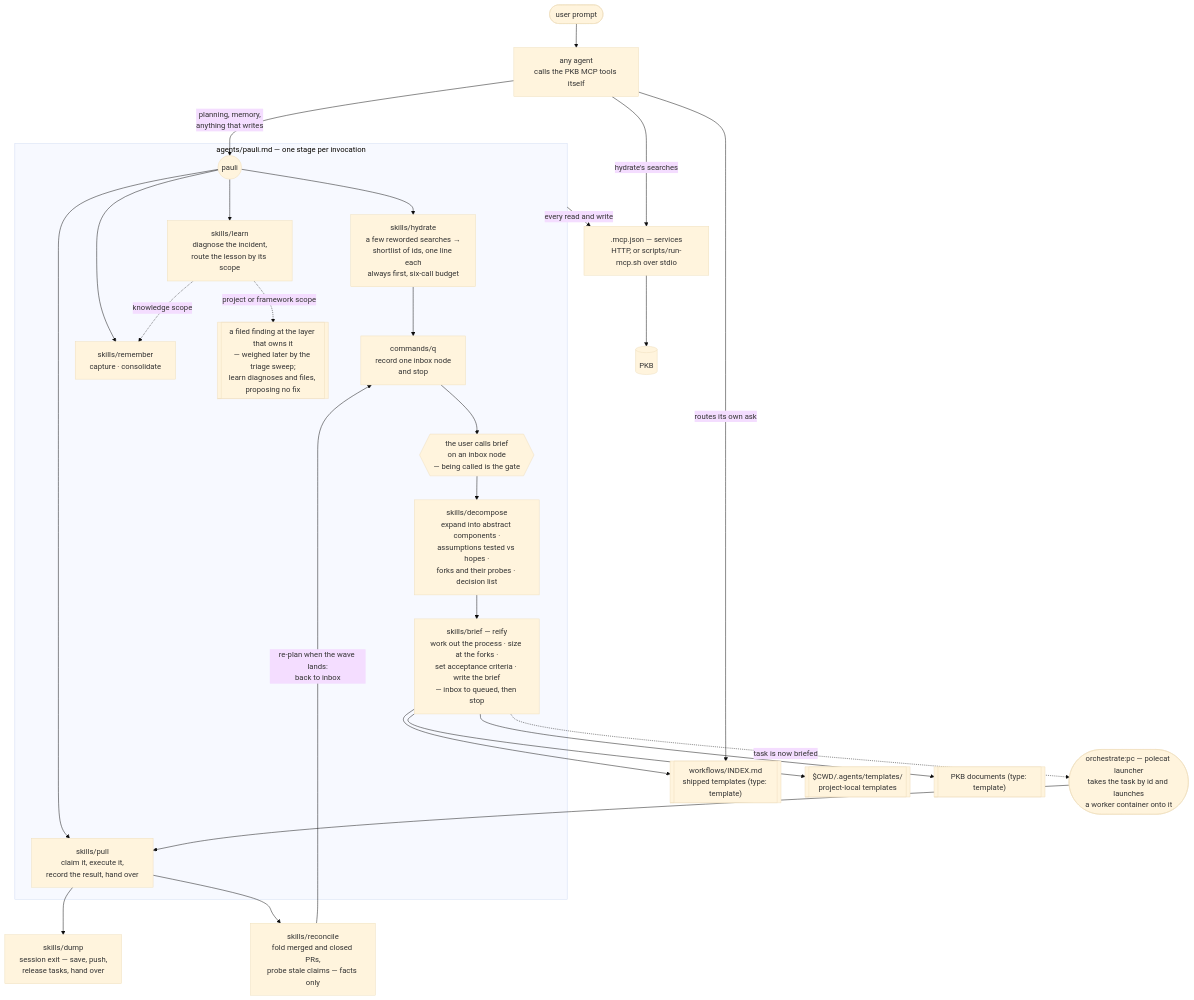
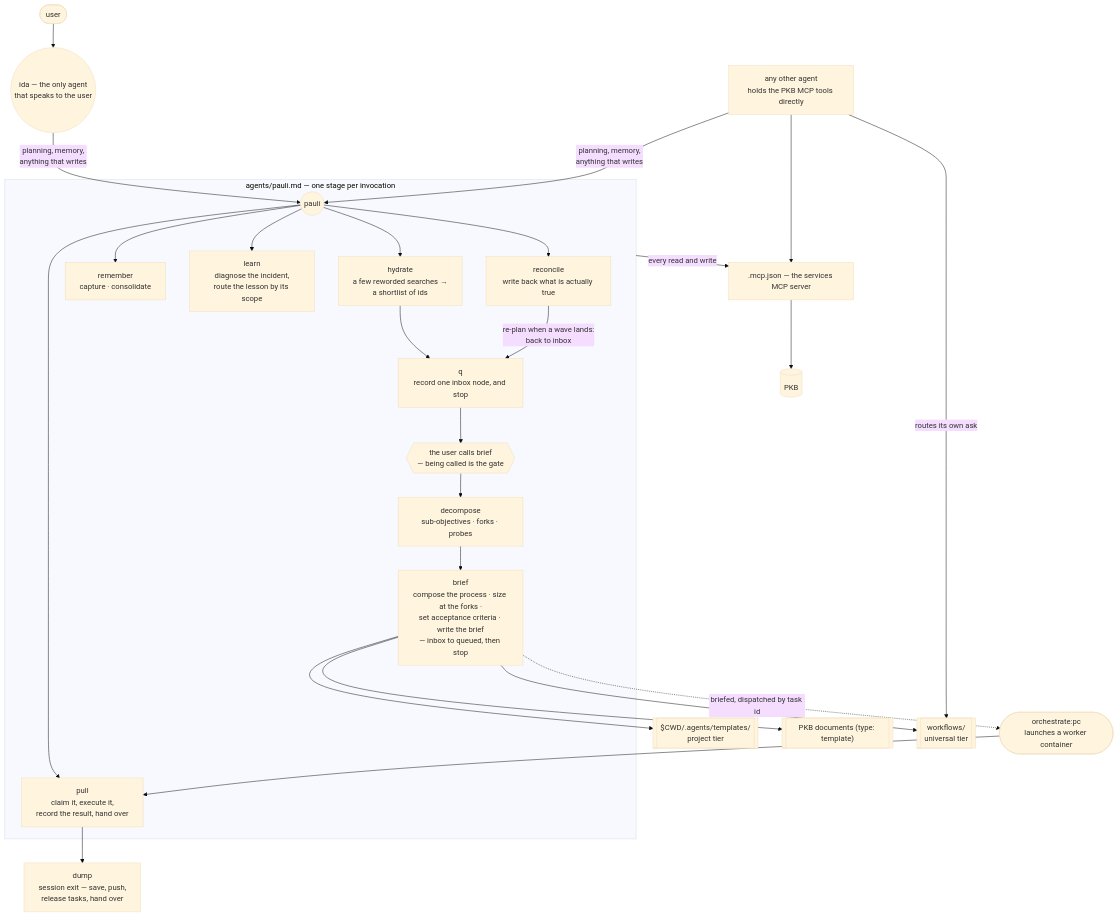
One commit to nicsuzor/academicOps changed the diagram in plugins/aops/README.md. Above: the diagram before and after it, drawn with Mermaid (base theme). The commit also changed other lines of this file and 89 other files, not shown here.

````diff
--- a/plugins/aops/README.md
+++ b/plugins/aops/README.md
@@ -8,40 +9,37 @@
 ```mermaid
 flowchart TD
-    prompt([user prompt]) --> agent["any agent<br/>calls the PKB MCP tools itself"]
+    user([user]) --> ida(("ida — the only agent<br/>that speaks to the user"))
+    agent["any other agent<br/>holds the PKB MCP tools directly"]
 
+    ida -- "planning, memory,<br/>anything that writes" --> pauli
     agent -- "planning, memory,<br/>anything that writes" --> pauli
 
     subgraph pkbwrite["agents/pauli.md — one stage per invocation"]
         pauli(("pauli"))
-        pauli --> hydrate["skills/hydrate<br/>a few reworded searches →<br/>shortlist of ids, one line each<br/>always first, six-call budget"]
+        pauli --> hydrate["hydrate<br/>a few reworded searches →<br/>a shortlist of ids"]
+        hydrate --> capture["q<br/>record one inbox node, and stop"]
+        capture --> gate{{"the user calls brief<br/>— being called is the gate"}}
+        gate --> decompose["decompose<br/>sub-objectives · forks · probes"]
+        decompose --> brief["brief<br/>compose the process · size at the forks ·<br/>set acceptance criteria · write the brief<br/>— inbox to queued, then stop"]
 
-        hydrate --> capture["commands/q<br/>record one inbox node<br/>and stop"]
-        capture --> gate{{"the user calls brief<br/>on an inbox node<br/>— being called is the gate"}}
-        gate --> decompose["skills/decompose<br/>expand into abstract components ·<br/>assumptions tested vs hopes ·<br/>forks and their probes · decision list"]
-        decompose --> brief["skills/brief — reify<br/>work out the process · size at the forks ·<br/>set acceptance criteria · write the brief<br/>— inbox to queued, then stop"]
-
-        pauli --> pull["skills/pull<br/>claim it, execute it,<br/>record the result, hand over"]
-        pauli --> remember["skills/remember<br/>capture · consolidate"]
-        pauli --> learn["skills/learn<br/>diagnose the incident,<br/>route the lesson by its scope"]
-
-        learn -. knowledge scope .-> remember
-        learn -. project or framework scope .-> finding[["a filed finding at the layer that owns it<br/>— weighed later by the triage sweep;<br/>learn diagnoses and files, proposing no fix"]]
+        pauli --> pull["pull<br/>claim it, execute it,<br/>record the result, hand over"]
+        pauli --> remember["remember<br/>capture · consolidate"]
+        pauli --> learn["learn<br/>diagnose the incident,<br/>route the lesson by its scope"]
+        pauli --> reconcile["reconcile<br/>write back what is actually true"]
     end
 
-    pull --> dump["skills/dump<br/>session exit — save, push,<br/>release tasks, hand over"]
-    pull --> reconcile["skills/reconcile<br/>fold merged and closed PRs,<br/>probe stale claims — facts only"]
-    reconcile -- "re-plan when the wave lands:<br/>back to inbox" --> capture
+    pull --> dump["dump<br/>session exit — save, push,<br/>release tasks, hand over"]
+    reconcile -- "re-plan when a wave lands:<br/>back to inbox" --> capture
 
-    brief --> library[["workflows/INDEX.md<br/>shipped templates (type: template)"]]
-    brief --> userlayer[["$CWD/.agents/templates/<br/>project-local templates"]]
-    brief --> wftemplates[["PKB documents (type: template)"]]
-    agent -- "routes its own ask" --> library
+    brief --> tier1[["$CWD/.agents/templates/<br/>project tier"]]
+    brief --> tier2[["PKB documents (type: template)"]]
+    brief --> tier3[["workflows/<br/>universal tier"]]
+    agent -- "routes its own ask" --> tier3
 
     pkbwrite -- "every read and write" --> mcp
-    agent -- "hydrate's searches" --> mcp
+    agent --> mcp
+    mcp[".mcp.json — the services MCP server"] --> store[(PKB)]
 
-    mcp[".mcp.json — services<br/>HTTP, or scripts/run-mcp.sh over stdio"] --> pkbstore[(PKB)]
-
-    brief -. "task is now briefed" .-> dispatch(["orchestrate:pc — polecat launcher<br/>takes the task by id and launches<br/>a worker container onto it"])
+    brief -. "briefed, dispatched by task id" .-> dispatch(["orchestrate:pc<br/>launches a worker container"])
     dispatch --> pull
 ```
````
